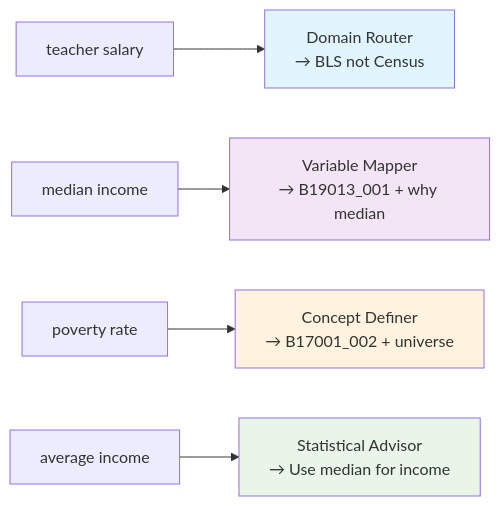
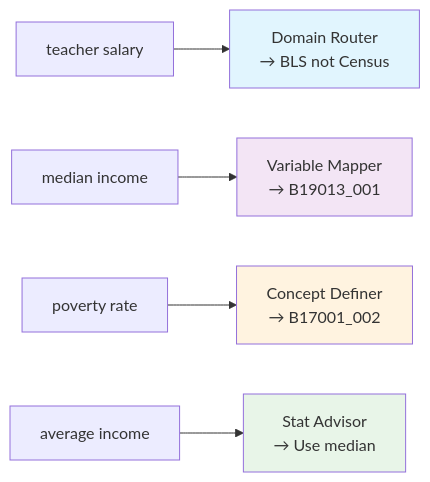
The first of 3 diagrams in enhanced_phase3_architecture.md (saikrmet/open-census-mcp-server), drawn with Mermaid before and after one commit. The commit also changed other lines of this file, not shown here.

````diff
--- a/enhanced_phase3_architecture.md
+++ b/enhanced_phase3_architecture.md
@@ -353,12 +104,11 @@
 ```mermaid
 graph LR
-    D1["teacher salary"] --> DT1[Domain Router<br/>→ BLS not Census]
-    D2["median income"] --> DT2[Variable Mapper<br/>→ B19013_001 + why median]
-    D3["poverty rate"] --> DT3[Concept Definer<br/>→ B17001_002 + universe]
-    D4["average income"] --> DT4[Statistical Advisor<br/>→ Use median for income]
-    
+    D1[teacher salary] --> DT1[Domain Router\n→ BLS not Census]
+    D2[median income]  --> DT2[Variable Mapper\n→ B19013_001]
+    D3[poverty rate]   --> DT3[Concept Definer\n→ B17001_002]
+    D4[average income] --> DT4[Stat Advisor\n→ Use median]
     style DT1 fill:#e1f5fe
-    style DT2 fill:#f3e5f5  
+    style DT2 fill:#f3e5f5
     style DT3 fill:#fff3e0
     style DT4 fill:#e8f5e8
 ```
````
